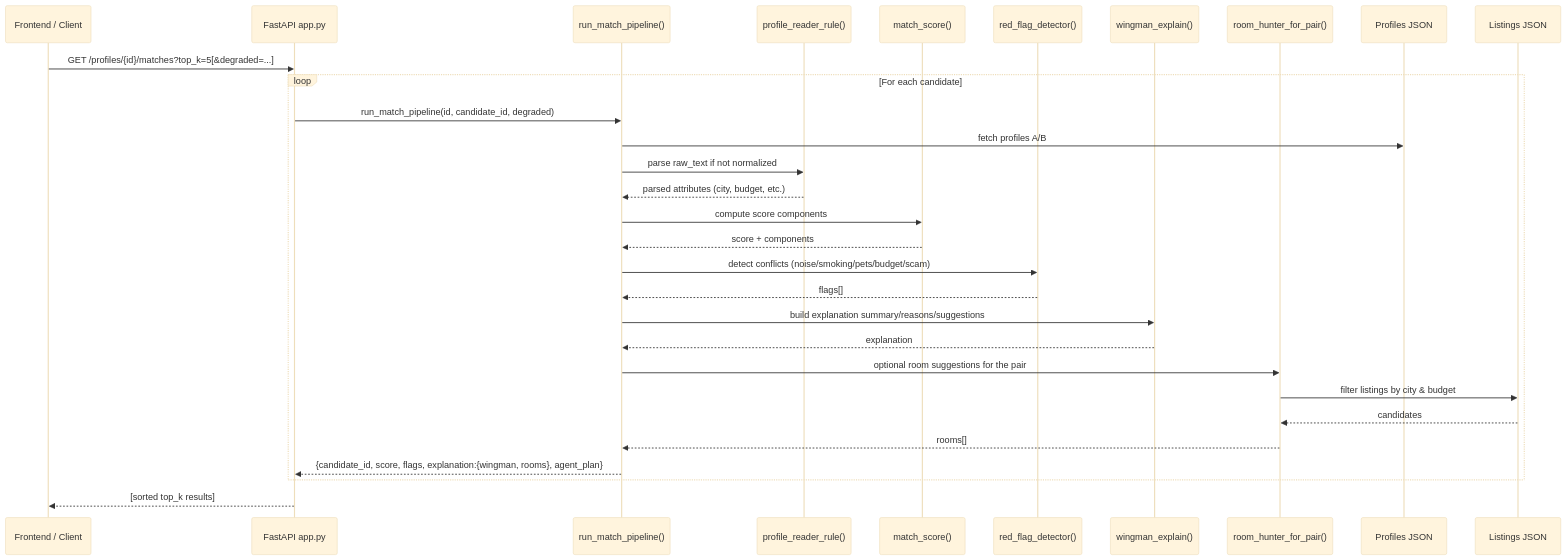
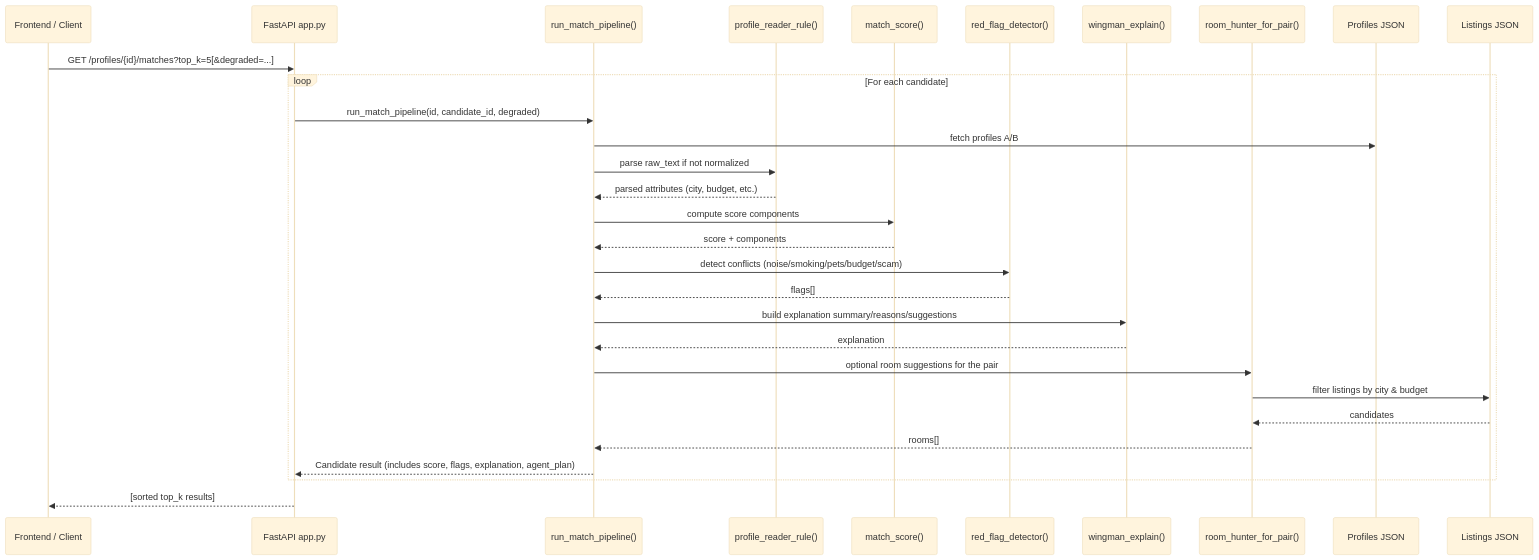
The second of 2 diagrams in README.md (moonahmed786/ssl_backend), drawn with Mermaid (base theme) before and after one commit. The commit also changed other lines of this file, not shown here.

````diff
--- a/README.md
+++ b/README.md
@@ -76,33 +79,33 @@
 ```mermaid
 sequenceDiagram
   participant FE as Frontend / Client
   participant API as FastAPI app.py
   participant PIPE as run_match_pipeline()
   participant PR as profile_reader_rule()
   participant MS as match_score()
   participant RF as red_flag_detector()
   participant WX as wingman_explain()
   participant RH as room_hunter_for_pair()
   participant PDATA as Profiles JSON
   participant LDATA as Listings JSON
 
   FE->>API: GET /profiles/{id}/matches?top_k=5[&degraded=...]
   loop For each candidate
     API->>PIPE: run_match_pipeline(id, candidate_id, degraded)
     PIPE->>PDATA: fetch profiles A/B
     PIPE->>PR: parse raw_text if not normalized
     PR-->>PIPE: parsed attributes (city, budget, etc.)
     PIPE->>MS: compute score components
     MS-->>PIPE: score + components
     PIPE->>RF: detect conflicts (noise/smoking/pets/budget/scam)
     RF-->>PIPE: flags[]
     PIPE->>WX: build explanation summary/reasons/suggestions
     WX-->>PIPE: explanation
     PIPE->>RH: optional room suggestions for the pair
     RH->>LDATA: filter listings by city & budget
     LDATA-->>RH: candidates
     RH-->>PIPE: rooms[]
-    PIPE-->>API: {candidate_id, score, flags, explanation:{wingman, rooms}, agent_plan}
+    PIPE-->>API: Candidate result (includes score, flags, explanation, agent_plan)
   end
   API-->>FE: [sorted top_k results]
 ```
````
